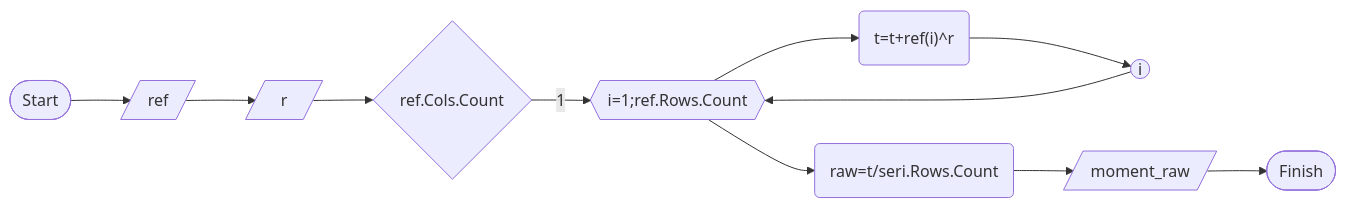
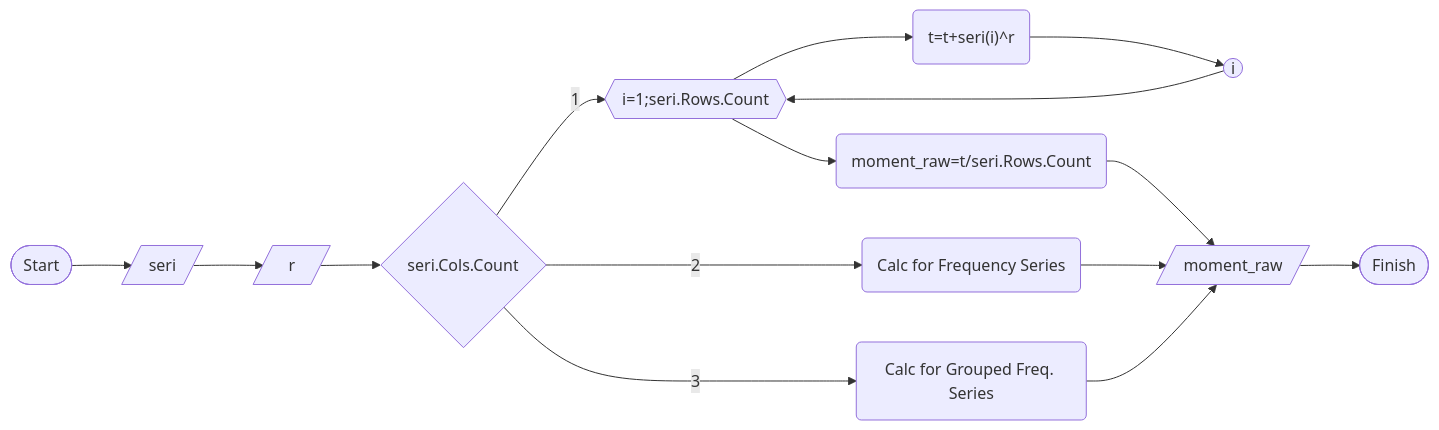
The diagram in VBA_Statistics/README.md (lterlemez/Excel-VBA--statistik), drawn with Mermaid before and after one commit.

Commit message:
Update README.md
Detailing the information...

````diff
--- a/VBA_Statistics/README.md
+++ b/VBA_Statistics/README.md
@@ -50,11 +50,14 @@
 ```mermaid
 flowchart LR
-A([Start]) --> B[/ref/]
+A([Start]) --> B[/seri/]
 B-->C[/"&nbsp;&nbsp;r&nbsp;&nbsp"/]
-C-->D{ref.Cols.Count}
-D--1--> E{{"i=1;ref.Rows.Count"}}
-E-->F("t=t+ref(i)^r")-->G((i)) 
+C-->D{seri.Cols.Count}
+D--1--> E{{"i=1;seri.Rows.Count"}}
+E-->F("t=t+seri(i)^r")-->G((i)) 
 G-->E 
-E-->
-H("raw=t/seri.Rows.Count")-->I[/"moment_raw"/]-->J([Finish])
+E-->H("moment_raw=t/seri.Rows.Count")-->I[/"moment_raw"/]-->J([Finish])
+D--2-->K(Calc for Frequency Series)
+K-->I
+D--3-->L(Calc for Grouped Freq. Series)
+L-->I
 ```
````
